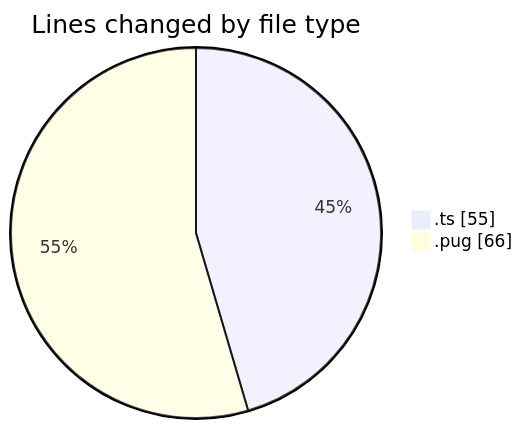
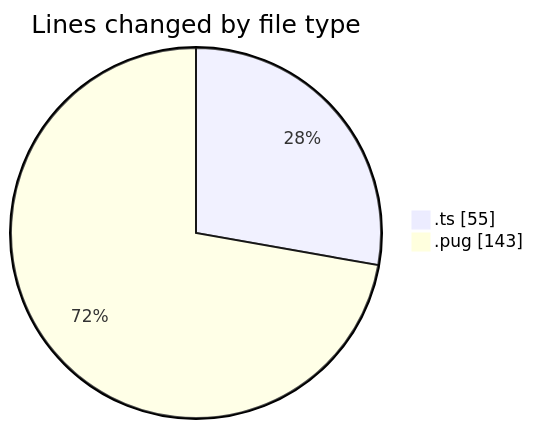
One commit to momahboobian/code-tracking changed the first of 2 diagrams in 2025-10-31/cda/README.md. Above: the diagram before and after it, drawn with Mermaid. The commit also changed other lines of this file and 1 other file, not shown here.

````diff
--- a/2025-10-31/cda/README.md
+++ b/2025-10-31/cda/README.md
@@ -22,6 +23,6 @@
 ```mermaid
 pie showData
 title Lines changed by file type
 ".ts" : 55
-".pug" : 66
+".pug" : 143
 ```
````
